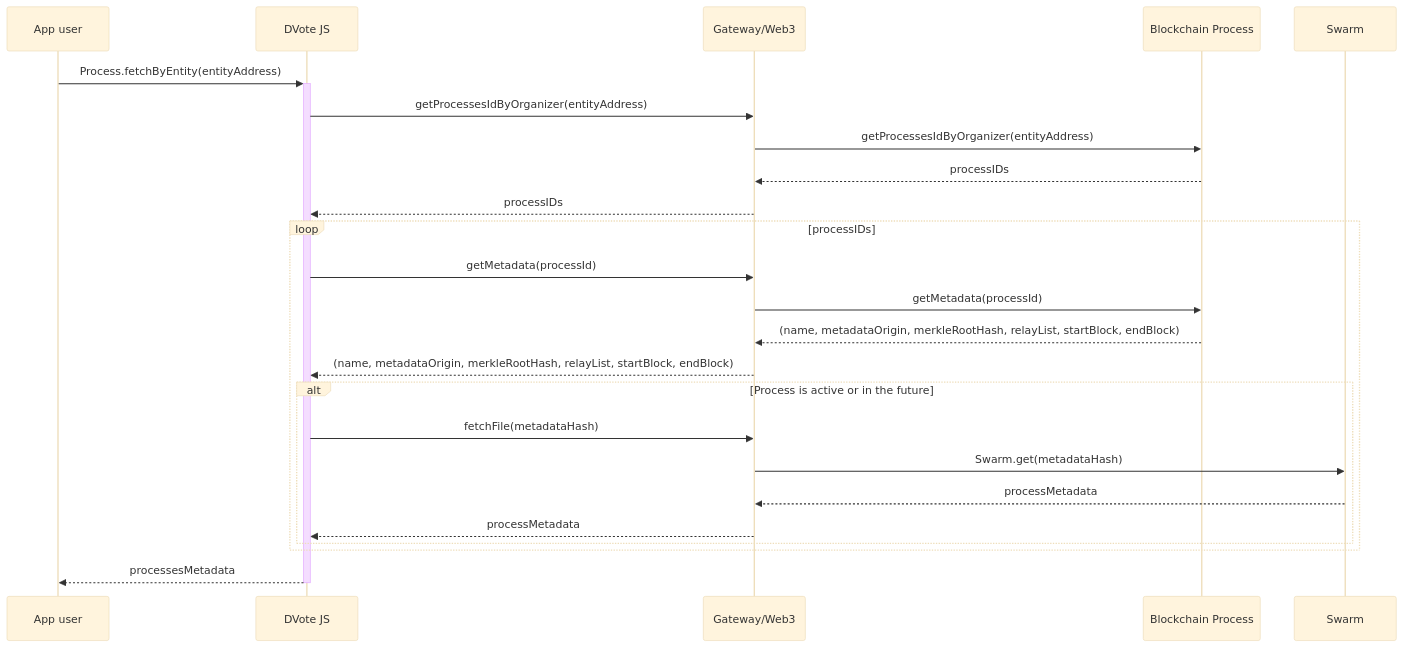
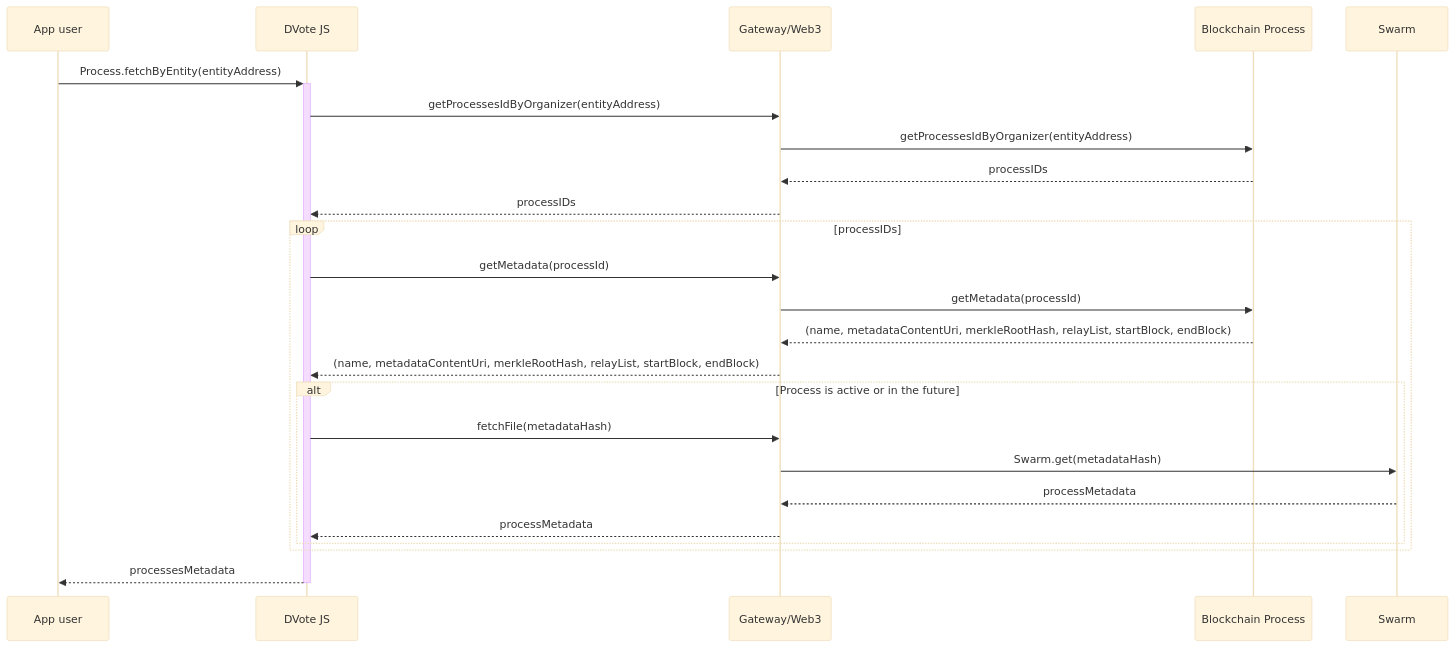
The sixth of 13 diagrams in docs/protocol/sequence-diagrams.md (vocdoni/docs), drawn with Mermaid (base theme) before and after one commit. The commit also changed other lines of this file and 2 other files, not shown here.

Commit message:
Entity Metadata WIP

````diff
--- a/docs/protocol/sequence-diagrams.md
+++ b/docs/protocol/sequence-diagrams.md
@@ -279,33 +279,33 @@
 ```mermaid
 sequenceDiagram
     participant App as App user
     participant DV as DVote JS
     participant GW as Gateway/Web3
     participant BC as Blockchain Process
     participant SW as Swarm
 
     App->>+DV: Process.fetchByEntity(entityAddress)
 
         DV->>GW: getProcessesIdByOrganizer(entityAddress)
         GW->>BC: getProcessesIdByOrganizer(entityAddress)
         BC-->>GW: processIDs
         GW-->>DV: processIDs
 
         loop processIDs
 
             DV->>GW: getMetadata(processId)
             GW->>BC: getMetadata(processId)
-            BC-->>GW: (name, metadataOrigin, merkleRootHash, relayList, startBlock, endBlock)
-            GW-->>DV: (name, metadataOrigin, merkleRootHash, relayList, startBlock, endBlock)
+            BC-->>GW: (name, metadataContentUri, merkleRootHash, relayList, startBlock, endBlock)
+            GW-->>DV: (name, metadataContentUri, merkleRootHash, relayList, startBlock, endBlock)
 
             alt Process is active or in the future
                 DV->>GW: fetchFile(metadataHash)
                 GW->>SW: Swarm.get(metadataHash)
                 SW-->>GW: processMetadata
                 GW-->>DV: processMetadata
             end
 
         end
 
     DV-->>-App: processesMetadata
 ```
````
